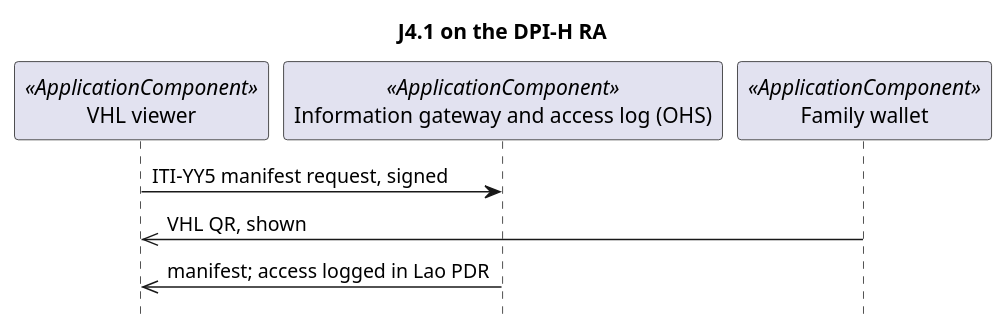
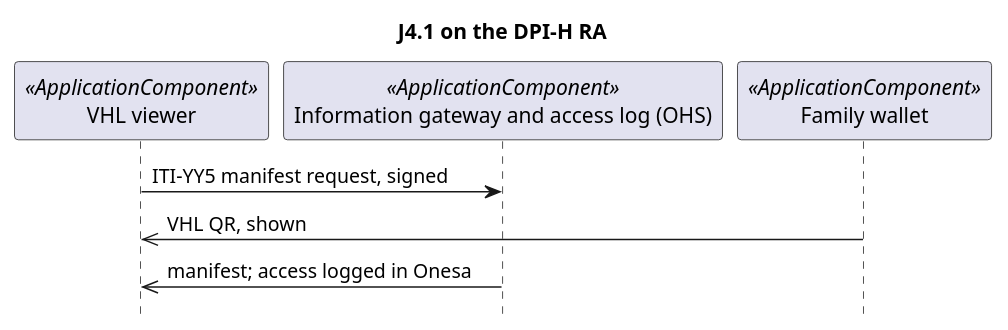
Before and after one commit to litlfred/smart-trust-demo: diagram 11 of 11 in archimate/0.1.0/sequences.puml, drawn with PlantUML. The commit also changed other lines of this file and 13410 other files, not shown here.

```diff
--- a/archimate/0.1.0/sequences.puml
+++ b/archimate/0.1.0/sequences.puml
@@ -163,11 +163,11 @@
 @startuml
 ' J4.1 on the DPI-H RA (id-42b408eba96159c187c0612ce7c2c6cf): sequence diagram, derived by archimate-diagrams. Do not edit.
 title J4.1 on the DPI-H RA
 hide footbox
-participant "VHL viewer" as id_ffb73de262f057bd97c3d94d388f3d56 <<ApplicationComponent>>
-participant "Information gateway and access log (OHS)" as id_d87eae4466985575a8b9f78882f86565 <<ApplicationComponent>>
-participant "Family wallet" as id_278ea491eabd5bed9ca42fa314190228 <<ApplicationComponent>>
-id_ffb73de262f057bd97c3d94d388f3d56 -> id_d87eae4466985575a8b9f78882f86565 : ITI-YY5 manifest request, signed
-id_278ea491eabd5bed9ca42fa314190228 ->> id_ffb73de262f057bd97c3d94d388f3d56 : VHL QR, shown
-id_d87eae4466985575a8b9f78882f86565 ->> id_ffb73de262f057bd97c3d94d388f3d56 : manifest; access logged in Lao PDR
+participant "VHL viewer" as id_cfb965d564b95e98be47acb31a85f8d0 <<ApplicationComponent>>
+participant "Information gateway and access log (OHS)" as id_d781cab174fd53058b8e6196b978dd78 <<ApplicationComponent>>
+participant "Family wallet" as id_2e534ddd97d15235919fba9538237397 <<ApplicationComponent>>
+id_cfb965d564b95e98be47acb31a85f8d0 -> id_d781cab174fd53058b8e6196b978dd78 : ITI-YY5 manifest request, signed
+id_2e534ddd97d15235919fba9538237397 ->> id_cfb965d564b95e98be47acb31a85f8d0 : VHL QR, shown
+id_d781cab174fd53058b8e6196b978dd78 ->> id_cfb965d564b95e98be47acb31a85f8d0 : manifest; access logged in Onesa
 @enduml
```
